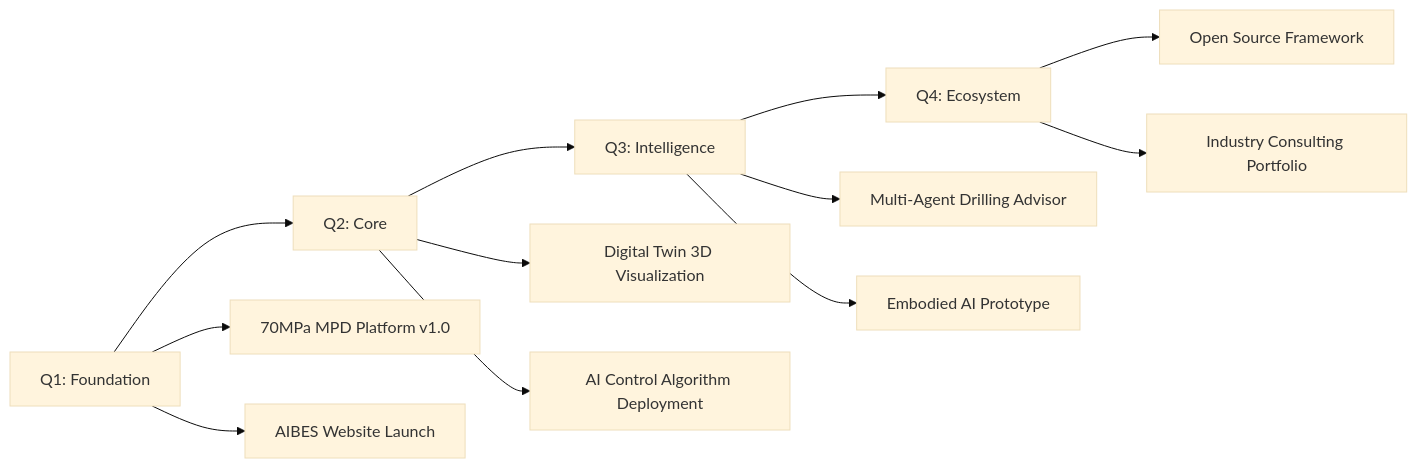
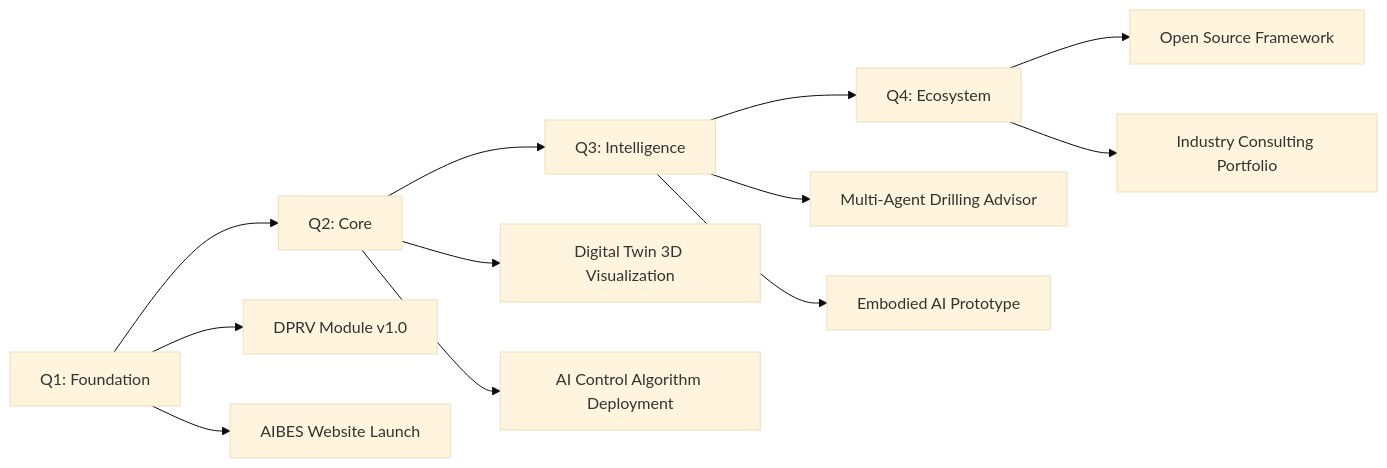
The diagram in README.md (aibes-arch/aibes-arch), drawn with Mermaid (base theme) before and after one commit. The commit also changed other lines of this file, not shown here.

````diff
--- a/README.md
+++ b/README.md
@@ -165,15 +165,15 @@
 ```mermaid
 graph LR
     A[Q1: Foundation] --> B[Q2: Core]
     B --> C[Q3: Intelligence]
     C --> D[Q4: Ecosystem]
 
-    A --> A1[70MPa MPD Platform v1.0]
+    A --> A1[DPRV Module v1.0]
     A --> A2[AIBES Website Launch]
     B --> B1[Digital Twin 3D Visualization]
     B --> B2[AI Control Algorithm Deployment]
     C --> C1[Multi-Agent Drilling Advisor]
     C --> C2[Embodied AI Prototype]
     D --> D1[Open Source Framework]
     D --> D2[Industry Consulting Portfolio]
 ```
````
